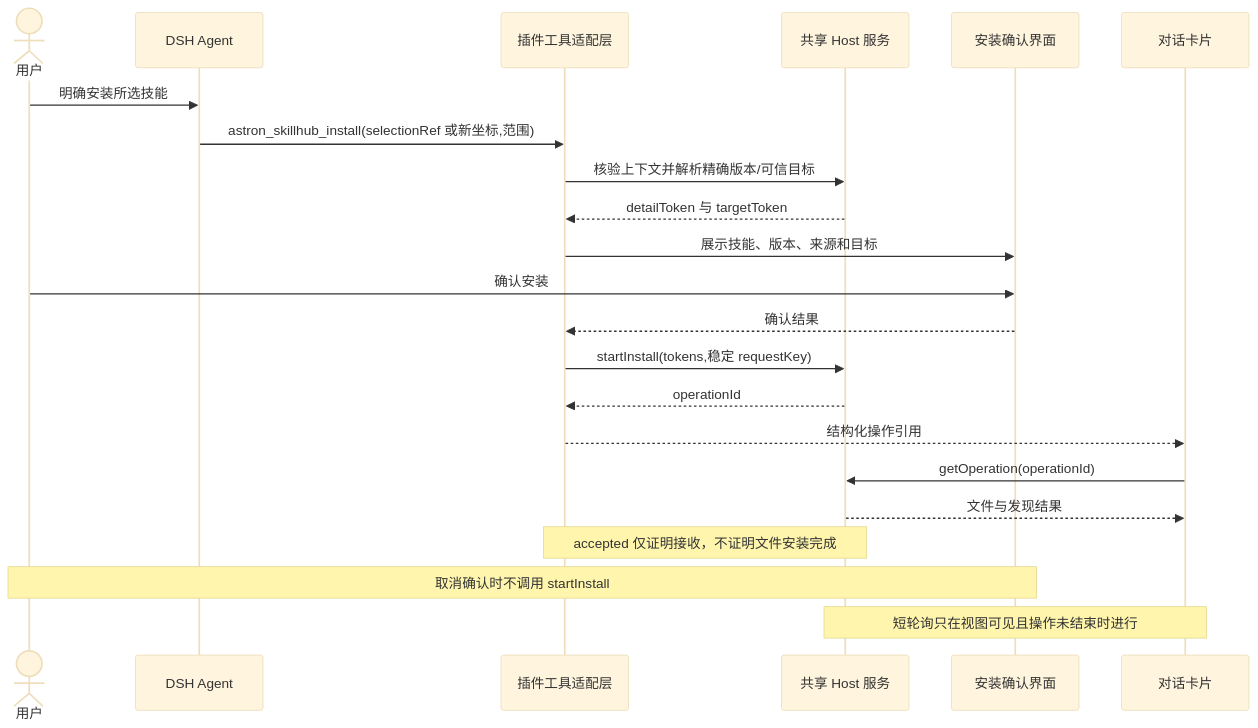
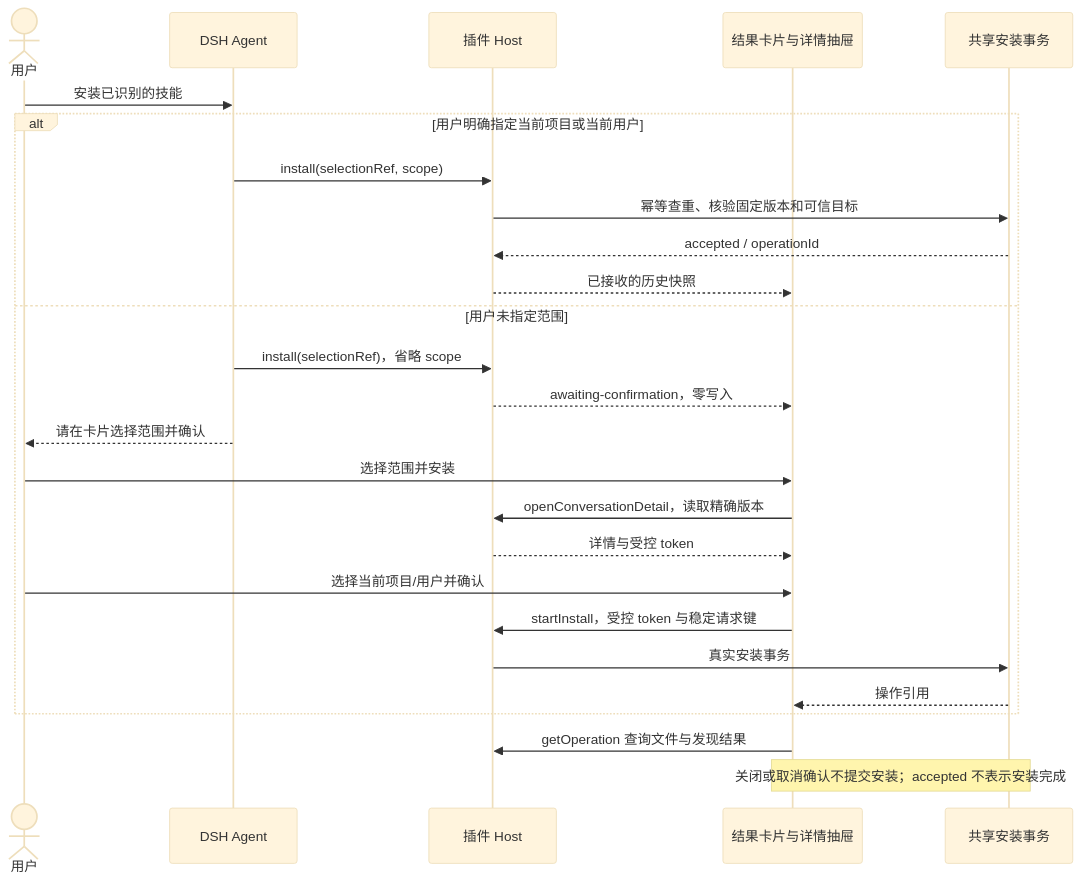
One commit to nexora-dev200/skillhub changed the third of 5 diagrams in openspec/changes/add-dsh-native-plugin/conversation-design.md. Above: the diagram before and after it, drawn with Mermaid (base theme). The commit also changed other lines of this file and 67 other files, not shown here.

````diff
--- a/openspec/changes/add-dsh-native-plugin/conversation-design.md
+++ b/openspec/changes/add-dsh-native-plugin/conversation-design.md
@@ -136,24 +136,28 @@
 ```mermaid
 sequenceDiagram
   actor U as 用户
   participant A as DSH Agent
-  participant T as 插件工具适配层
-  participant S as 共享 Host 服务
-  participant D as 安装确认界面
-  participant C as 对话卡片
-  U->>A: 明确安装所选技能
-  A->>T: astron_skillhub_install(selectionRef 或新坐标,范围)
-  T->>S: 核验上下文并解析精确版本/可信目标
-  S-->>T: detailToken 与 targetToken
-  T->>D: 展示技能、版本、来源和目标
-  U->>D: 确认安装
-  D-->>T: 确认结果
-  T->>S: startInstall(tokens,稳定 requestKey)
-  S-->>T: operationId
-  T-->>C: 结构化操作引用
-  C->>S: getOperation(operationId)
-  S-->>C: 文件与发现结果
-  Note over T,S: accepted 仅证明接收，不证明文件安装完成
-  Note over U,D: 取消确认时不调用 startInstall
-  Note over C,S: 短轮询只在视图可见且操作未结束时进行
+  participant H as 插件 Host
+  participant C as 结果卡片与详情抽屉
+  participant I as 共享安装事务
+  U->>A: 安装已识别的技能
+  alt 用户明确指定当前项目或当前用户
+    A->>H: install(selectionRef, scope)
+    H->>I: 幂等查重、核验固定版本和可信目标
+    I-->>H: accepted / operationId
+    H-->>C: 已接收的历史快照
+  else 用户未指定范围
+    A->>H: install(selectionRef)，省略 scope
+    H-->>C: awaiting-confirmation，零写入
+    A-->>U: 请在卡片选择范围并确认
+    U->>C: 选择范围并安装
+    C->>H: openConversationDetail，读取精确版本
+    H-->>C: 详情与受控 token
+    U->>C: 选择当前项目/用户并确认
+    C->>H: startInstall，受控 token 与稳定请求键
+    H->>I: 真实安装事务
+    I-->>C: 操作引用
+  end
+  C->>H: getOperation 查询文件与发现结果
+  Note over C,I: 关闭或取消确认不提交安装；accepted 不表示安装完成
 ```
````
